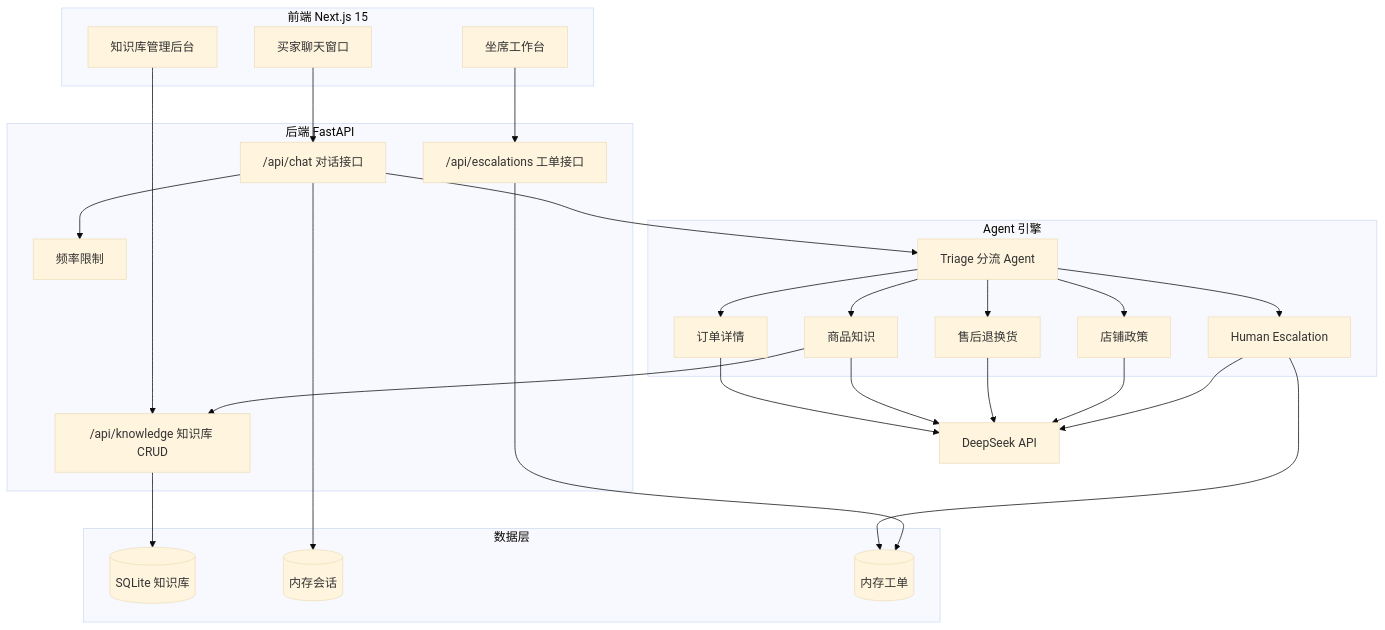
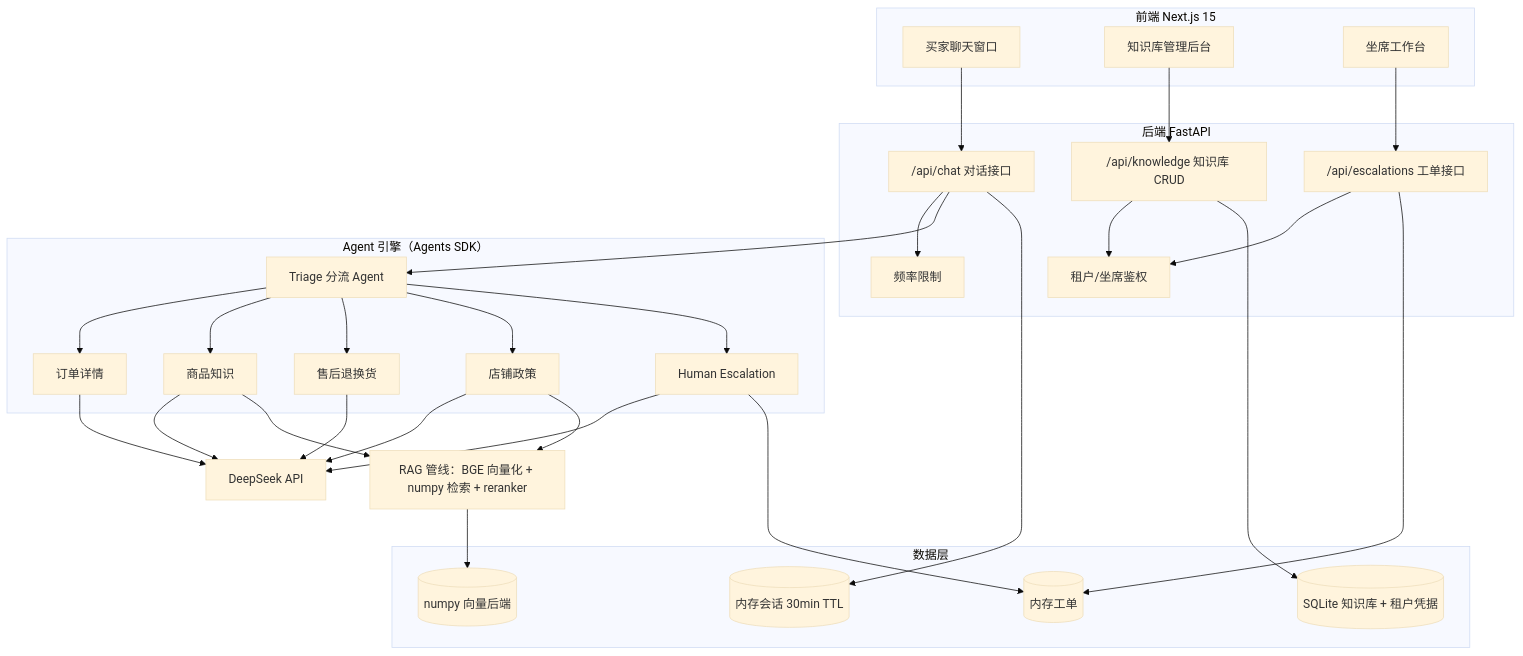
One commit to li2589920489/ai-cs-agent changed the first of 2 diagrams in 技术方案文档.md. Above: the diagram before and after it, drawn with Mermaid (base theme). The commit also changed other lines of this file and 59 other files, not shown here.

````diff
--- a/技术方案文档.md
+++ b/技术方案文档.md
@@ -46,45 +59,52 @@
 ```mermaid
 graph TB
     subgraph 前端["前端 Next.js 15"]
         Buyer[买家聊天窗口]
         Operator[知识库管理后台]
         Agent[坐席工作台]
     end
 
     subgraph 后端["后端 FastAPI"]
         ChatAPI["/api/chat 对话接口"]
         KnowledgeAPI["/api/knowledge 知识库 CRUD"]
         EscalationAPI["/api/escalations 工单接口"]
+        Auth[租户/坐席鉴权]
         RateLimit[频率限制]
     end
 
-    subgraph Agent引擎["Agent 引擎"]
+    subgraph Agent引擎["Agent 引擎（Agents SDK）"]
         Triage[Triage 分流 Agent]
         Order[订单详情]
         Product[商品知识]
         AfterSales[售后退换货]
         Policy[店铺政策]
         Human[Human Escalation]
     end
 
     subgraph 数据层["数据层"]
-        SQLite[(SQLite 知识库)]
-        Memory[(内存会话)]
+        SQLite[(SQLite 知识库 + 租户凭据)]
+        Vector[(numpy 向量后端)]
+        Memory[(内存会话 30min TTL)]
         Tickets[(内存工单)]
     end
 
     LLM[DeepSeek API]
+    RAG[RAG 管线：BGE 向量化 + numpy 检索 + reranker]
 
     Buyer --> ChatAPI
     Operator --> KnowledgeAPI
     Agent --> EscalationAPI
     ChatAPI --> RateLimit
+    KnowledgeAPI --> Auth
+    EscalationAPI --> Auth
     ChatAPI --> Triage
     Triage --> Order & Product & AfterSales & Policy & Human
     Order & Product & AfterSales & Policy & Human --> LLM
-    Product --> KnowledgeAPI
+    Product --> RAG
+    Policy --> RAG
+    RAG --> Vector
     KnowledgeAPI --> SQLite
     ChatAPI --> Memory
     Human --> Tickets
     EscalationAPI --> Tickets
 ```
````
